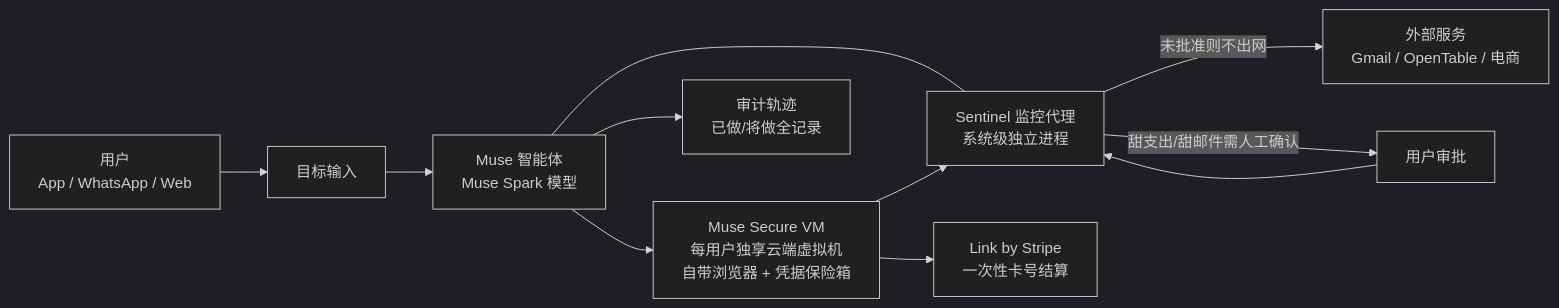
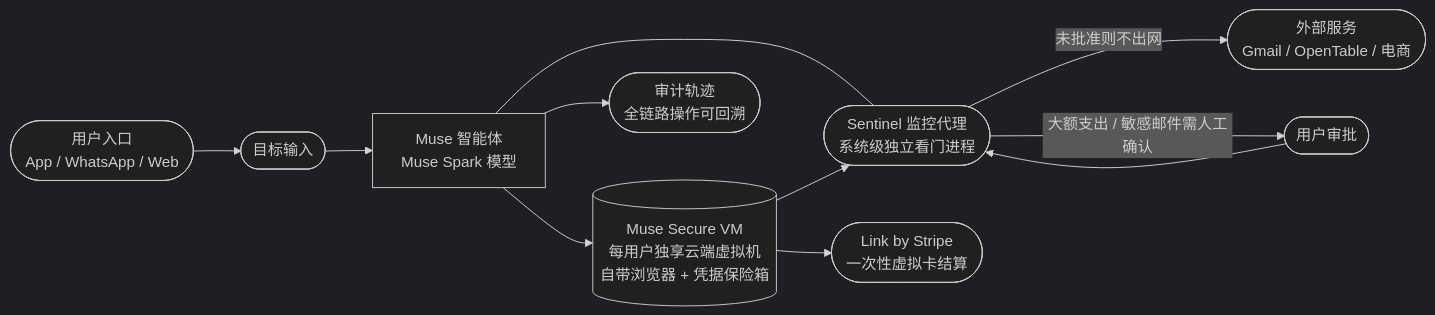
The first of 2 diagrams in content/zh/meta/meta_muse_agent_analysis.md (hobbytp/hobbytp.github.io), drawn with Mermaid (dark theme) before and after one commit. The commit also changed other lines of this file, not shown here.

Commit message:
docs: add Muse agent analysis and custom prompts content pages in Chinese

````diff
--- a/content/zh/meta/meta_muse_agent_analysis.md
+++ b/content/zh/meta/meta_muse_agent_analysis.md
@@ -87,13 +102,13 @@
 ```mermaid
 flowchart LR
-    A["用户<br/>App / WhatsApp / Web"] --> B["目标输入"]
+    A(["用户入口<br/>App / WhatsApp / Web"]) --> B(["目标输入"])
     B --> C["Muse 智能体<br/>Muse Spark 模型"]
-    C --> D["Muse Secure VM<br/>每用户独享云端虚拟机<br/>自带浏览器 + 凭据保险箱"]
-    C --- E["Sentinel 监控代理<br/>系统级独立进程"]
+    C --> D[("Muse Secure VM<br/>每用户独享云端虚拟机<br/>自带浏览器 + 凭据保险箱")]
+    C --- E(["Sentinel 监控代理<br/>系统级独立看门进程"])
     D --> E
-    E -->|"未批准则不出网"| F["外部服务<br/>Gmail / OpenTable / 电商"]
-    E -->|"甜支出/甜邮件需人工确认"| G["用户审批"]
+    E -->|"未批准则不出网"| F(["外部服务<br/>Gmail / OpenTable / 电商"])
+    E -->|"大额支出 / 敏感邮件需人工确认"| G(["用户审批"])
     G --> E
-    D --> H["Link by Stripe<br/>一次性卡号结算"]
-    C --> I["审计轨迹<br/>已做/将做全记录"]
+    D --> H(["Link by Stripe<br/>一次性虚拟卡结算"])
+    C --> I(["审计轨迹<br/>全链路操作可回溯"])
 ```
````
